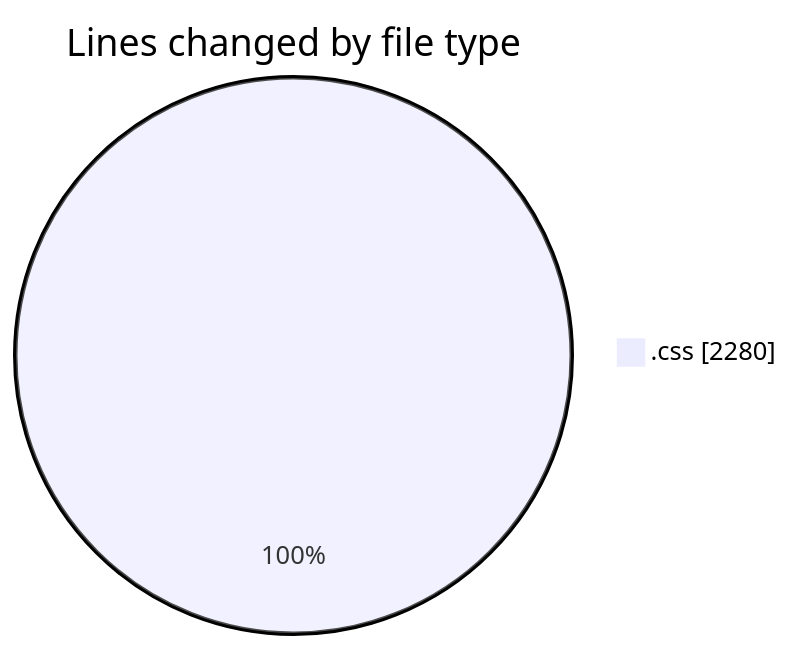
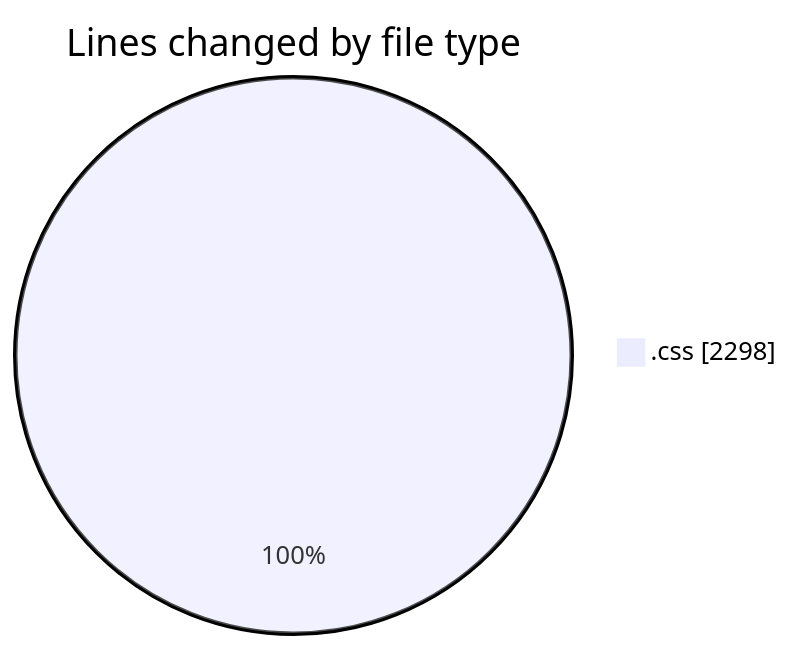
The first of 2 diagrams in 2026-11-05/wp-content/README.md (debugP/code-tracking), drawn with Mermaid before and after one commit. The commit also changed other lines of this file and 1 other file, not shown here.

````diff
--- a/2026-11-05/wp-content/README.md
+++ b/2026-11-05/wp-content/README.md
@@ -20,5 +20,5 @@
 ```mermaid
 pie showData
 title Lines changed by file type
-".css" : 2280
+".css" : 2298
 ```
````
